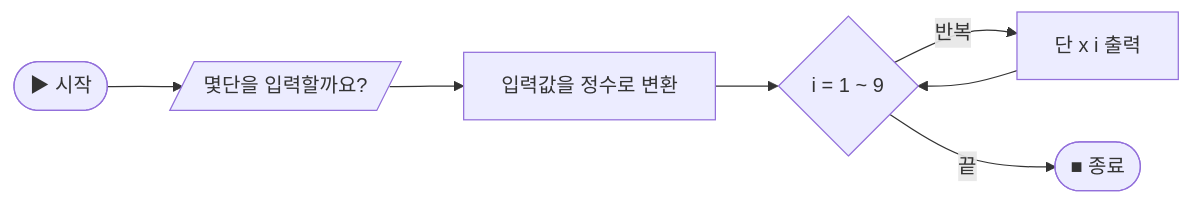
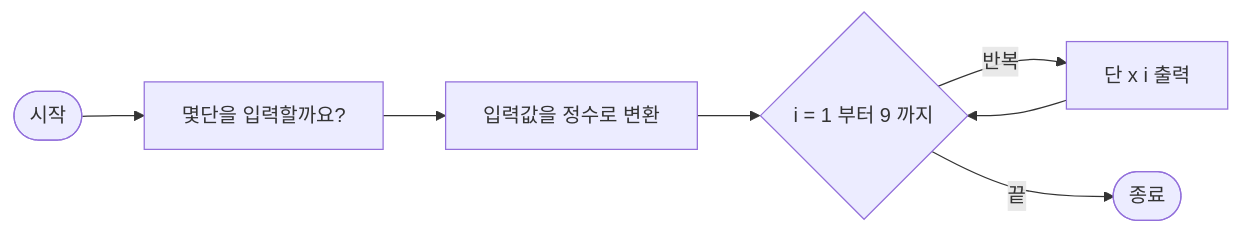
The first of 2 diagrams in README.md (uhksh/python1126), drawn with Mermaid before and after one commit. The commit also changed other lines of this file, not shown here.

````diff
--- a/README.md
+++ b/README.md
@@ -66,9 +66,9 @@
 ```mermaid
 flowchart LR
-    A([▶ 시작]) --> B[/몇단을 입력할까요?/]
+    A([시작]) --> B["몇단을 입력할까요?"]
     B --> C[입력값을 정수로 변환]
-    C --> D{i = 1 ~ 9}
+    C --> D{"i = 1 부터 9 까지"}
     D -->|반복| E[단 x i 출력]
     E --> D
-    D -->|끝| F([■ 종료])
+    D -->|끝| F([종료])
 ```
````
